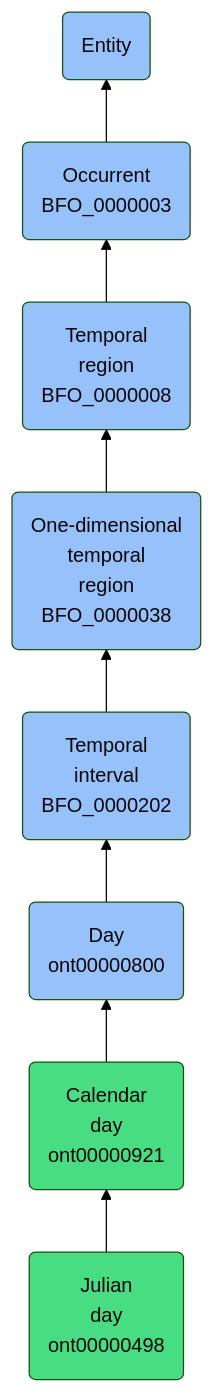
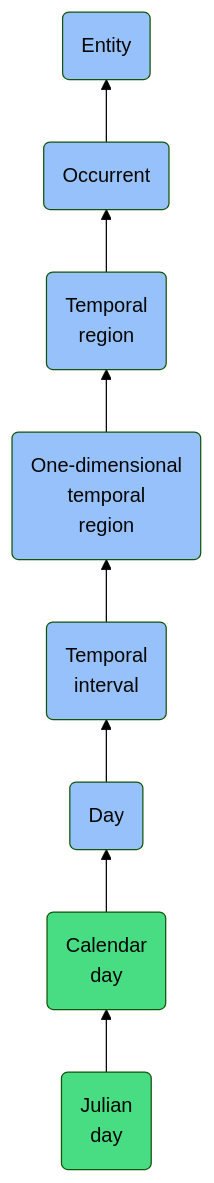
One commit to jupyter-naas/abi changed the diagram in docs/ontology/reference/model/Entity/Occurrent/Temporal region/One-dimensional temporal region/Temporal interval/Day/Calendar day/Julian day/Julian day.md. Above: the diagram before and after it, drawn with Mermaid (forest theme). The commit also changed other lines of this file and 1430 other files, not shown here.

````diff
--- a/docs/ontology/reference/model/Entity/Occurrent/Temporal region/One-dimensional temporal region/Temporal interval/Day/Calendar day/Julian day/Julian day.md
+++ b/docs/ontology/reference/model/Entity/Occurrent/Temporal region/One-dimensional temporal region/Temporal interval/Day/Calendar day/Julian day/Julian day.md
@@ -24,15 +24,15 @@
 ```mermaid
 graph BT
-    ont00000498(Julian<br>day<br>ont00000498):::ABI-->ont00000921
-    ont00000921(Calendar<br>day<br>ont00000921):::ABI-->ont00000800
-    ont00000800(Day<br>ont00000800):::BFO-->BFO_0000202
-    BFO_0000202(Temporal<br>interval<br>BFO_0000202):::BFO-->BFO_0000038
-    BFO_0000038(One-dimensional<br>temporal<br>region<br>BFO_0000038):::BFO-->BFO_0000008
-    BFO_0000008(Temporal<br>region<br>BFO_0000008):::BFO-->BFO_0000003
-    BFO_0000003(Occurrent<br>BFO_0000003):::BFO-->BFO_0000001
+    ont00000498(Julian<br>day):::ABI-->ont00000921
+    ont00000921(Calendar<br>day):::ABI-->ont00000800
+    ont00000800(Day):::BFO-->BFO_0000202
+    BFO_0000202(Temporal<br>interval):::BFO-->BFO_0000038
+    BFO_0000038(One-dimensional<br>temporal<br>region):::BFO-->BFO_0000008
+    BFO_0000008(Temporal<br>region):::BFO-->BFO_0000003
+    BFO_0000003(Occurrent):::BFO-->BFO_0000001
     BFO_0000001(Entity):::BFO
     
     classDef BFO fill:#97c1fb,color:#060606
     classDef CCO fill:#e4c51e,color:#060606
     classDef ABI fill:#48DD82,color:#060606
 ```
````
